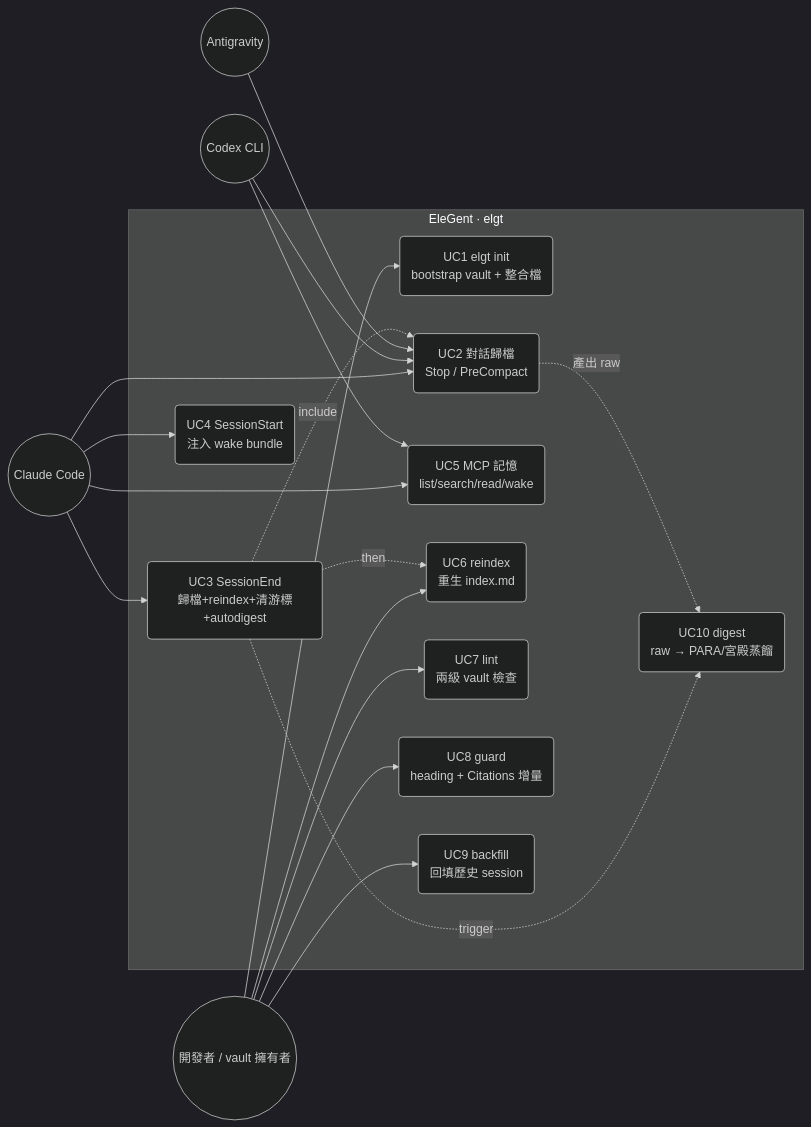
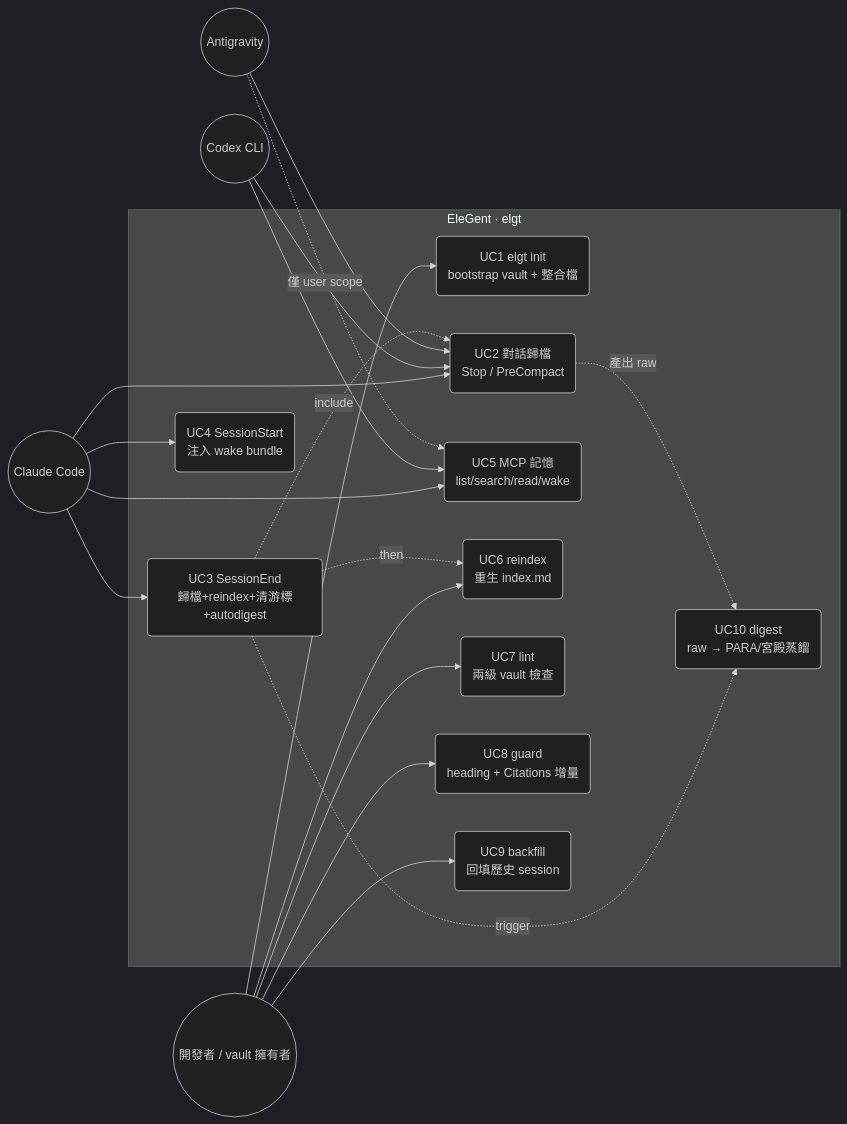
One commit to neokn/elegent changed the fifth of 5 diagrams in docs/architecture/4plus1.md. Above: the diagram before and after it, drawn with Mermaid (dark theme). The commit also changed other lines of this file and 23 other files, not shown here.

````diff
--- a/docs/architecture/4plus1.md
+++ b/docs/architecture/4plus1.md
@@ -229,37 +229,38 @@
 ```mermaid
 flowchart LR
     dev(("開發者 / vault 擁有者"))
     cc(("Claude Code"))
     cx(("Codex CLI"))
     ag(("Antigravity"))
 
     subgraph sys["EleGent · elgt"]
         uc1("UC1 elgt init<br/>bootstrap vault + 整合檔")
         uc2("UC2 對話歸檔<br/>Stop / PreCompact")
         uc3("UC3 SessionEnd<br/>歸檔+reindex+清游標+autodigest")
         uc4("UC4 SessionStart<br/>注入 wake bundle")
         uc5("UC5 MCP 記憶<br/>list/search/read/wake")
         uc6("UC6 reindex<br/>重生 index.md")
         uc7("UC7 lint<br/>兩級 vault 檢查")
         uc8("UC8 guard<br/>heading + Citations 增量")
         uc9("UC9 backfill<br/>回填歷史 session")
         uc10("UC10 digest<br/>raw → PARA/宮殿蒸餾")
     end
 
     dev --> uc1
     dev --> uc6
     dev --> uc7
     dev --> uc8
     dev --> uc9
     cc --> uc2
     cc --> uc3
     cc --> uc4
     cc --> uc5
     cx --> uc2
     cx --> uc5
     ag --> uc2
+    ag -. 僅 user scope .-> uc5
     uc3 -. include .-> uc2
     uc3 -. then .-> uc6
     uc3 -. trigger .-> uc10
     uc2 -. 產出 raw .-> uc10
 ```
````
